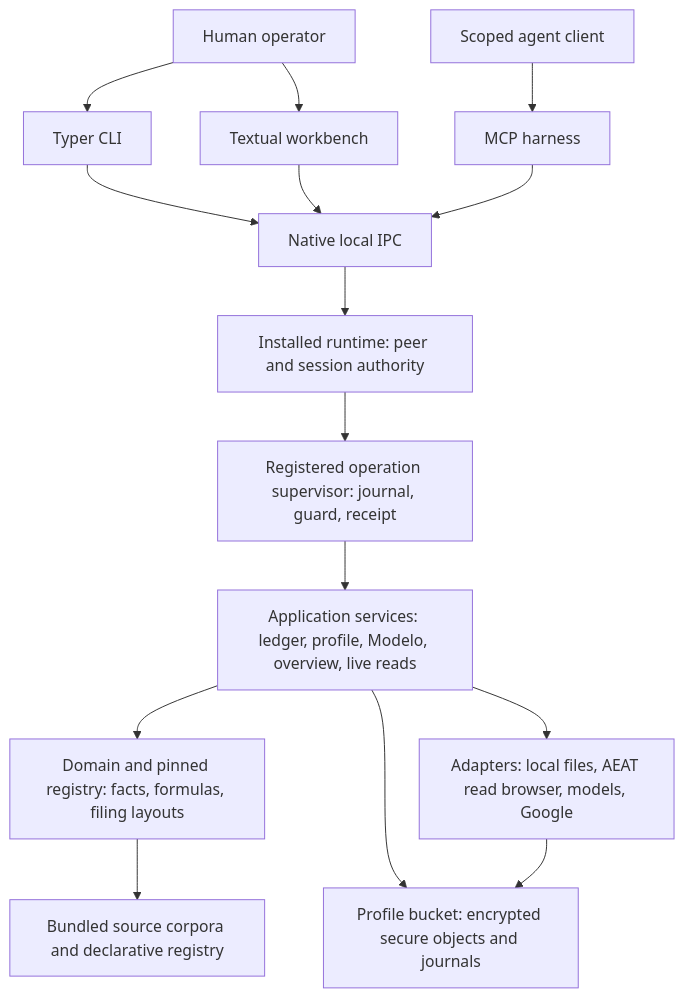
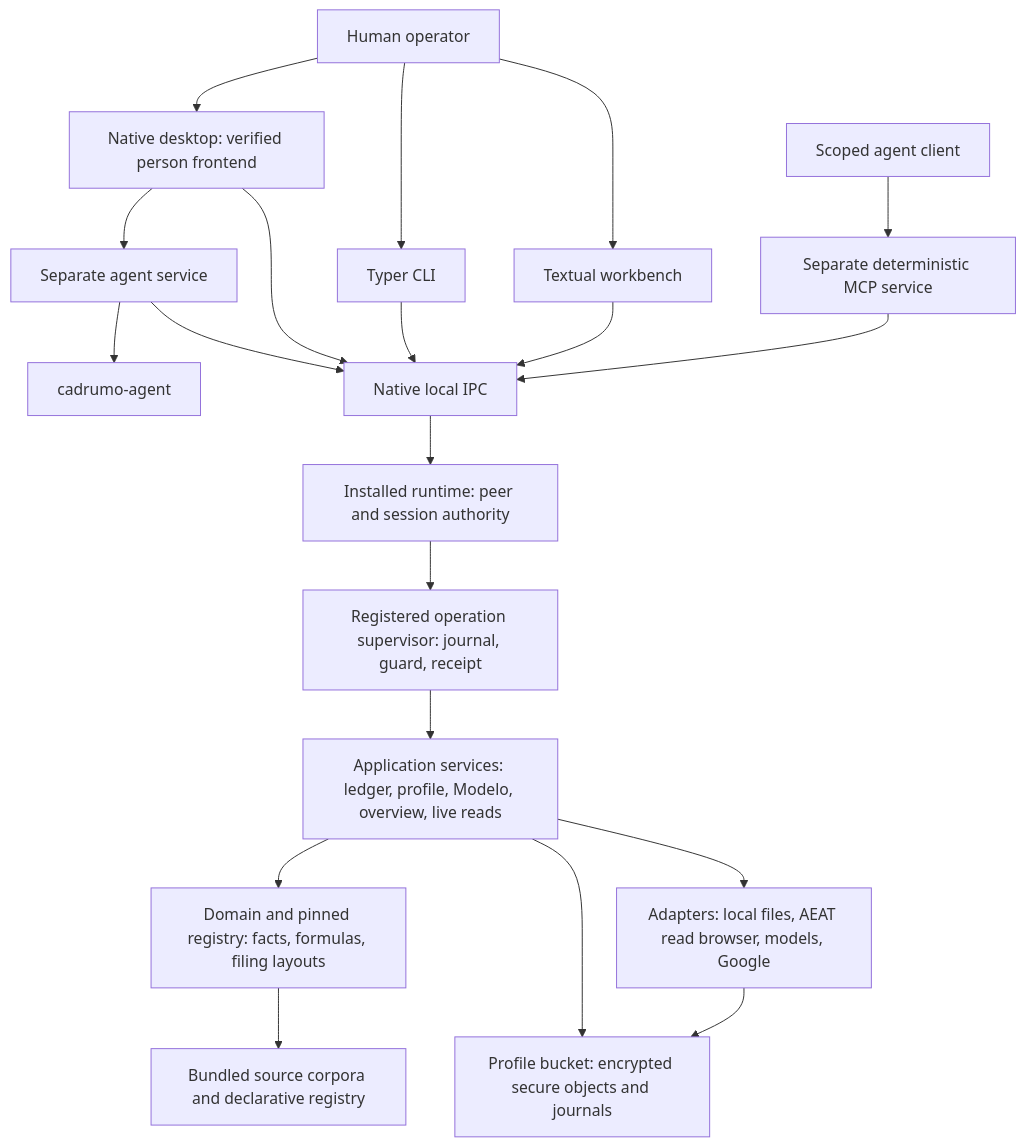
One commit to nevenincs/cadrumo changed the diagram in .claude/rules/00-architecture.md. Above: the diagram before and after it, drawn with Mermaid. The commit also changed other lines of this file and 8832 other files, not shown here.

````diff
--- a/.claude/rules/00-architecture.md
+++ b/.claude/rules/00-architecture.md
@@ -12,17 +12,22 @@
 ```mermaid
 flowchart TD
   H[Human operator] --> CLI[Typer CLI]
   H --> TUI[Textual workbench]
-  A[Scoped agent client] --> MCP[MCP harness]
+  H --> DESK[Native desktop: verified person frontend]
+  DESK --> AS[Separate agent service]
+  AS --> AG[cadrumo-agent]
+  AS --> IPC
+  DESK --> IPC
+  A[Scoped agent client] --> MCP[Separate deterministic MCP service]
   CLI --> IPC[Native local IPC]
   TUI --> IPC
   MCP --> IPC
   IPC --> R[Installed runtime: peer and session authority]
   R --> O[Registered operation supervisor: journal, guard, receipt]
   O --> APP[Application services: ledger, profile, Modelo, overview, live reads]
   APP --> D[Domain and pinned registry: facts, formulas, filing layouts]
   APP --> S[Profile bucket: encrypted secure objects and journals]
   APP --> EXT[Adapters: local files, AEAT read browser, models, Google]
   EXT --> S
   D --> K[Bundled source corpora and declarative registry]
 ```
````
